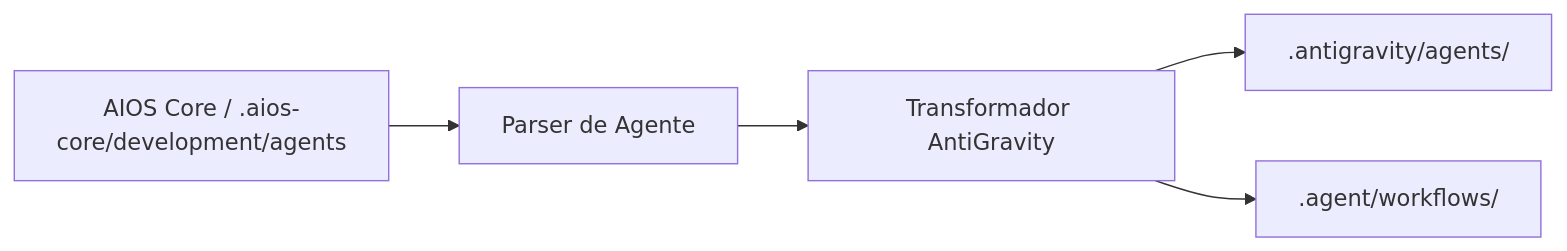
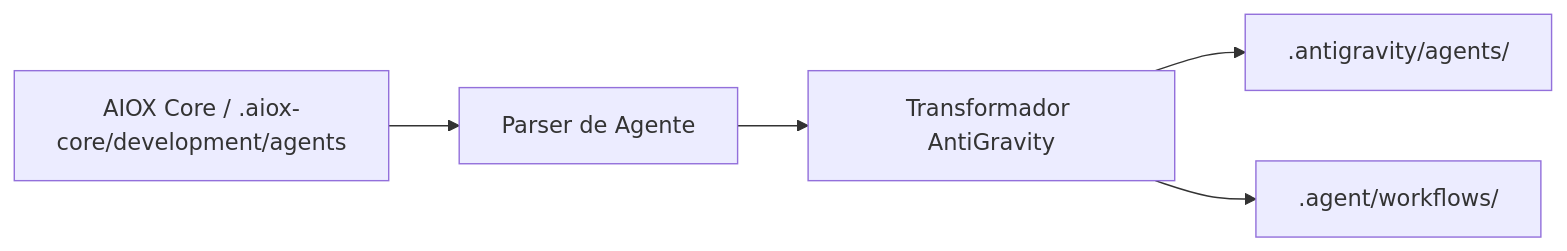
One commit to bychrisr/aios-docs changed the diagram in content/pt-BR/docs/platforms/antigravity.mdx. Above: the diagram before and after it, drawn with Mermaid. The commit also changed other lines of this file and 564 other files, not shown here.

Commit message:
chore(sync): auto-sync from aios-core 2026-03-05 [skip ci]

````diff
--- a/content/pt-BR/docs/platforms/antigravity.mdx
+++ b/content/pt-BR/docs/platforms/antigravity.mdx
@@ -353,7 +353,7 @@
 ```mermaid
 flowchart LR
-    Source["AIOS Core / .aios-core/development/agents"] --> Parser["Parser de Agente"]
+    Source["AIOX Core / .aiox-core/development/agents"] --> Parser["Parser de Agente"]
     Parser --> Transform["Transformador AntiGravity"]
     Transform --> Agents[".antigravity/agents/"]
     Transform --> Workflows[".agent/workflows/"]
 ```
````
